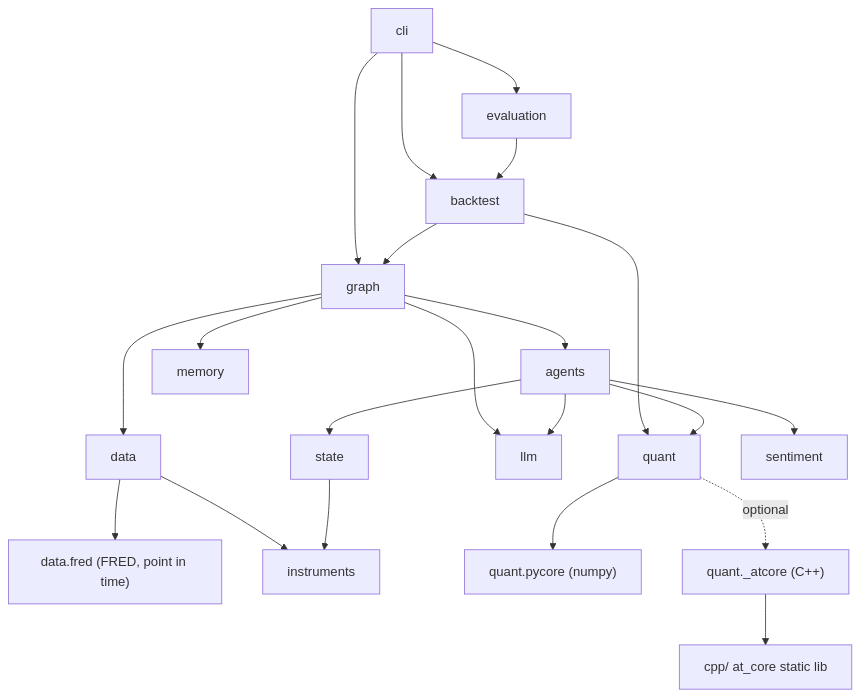
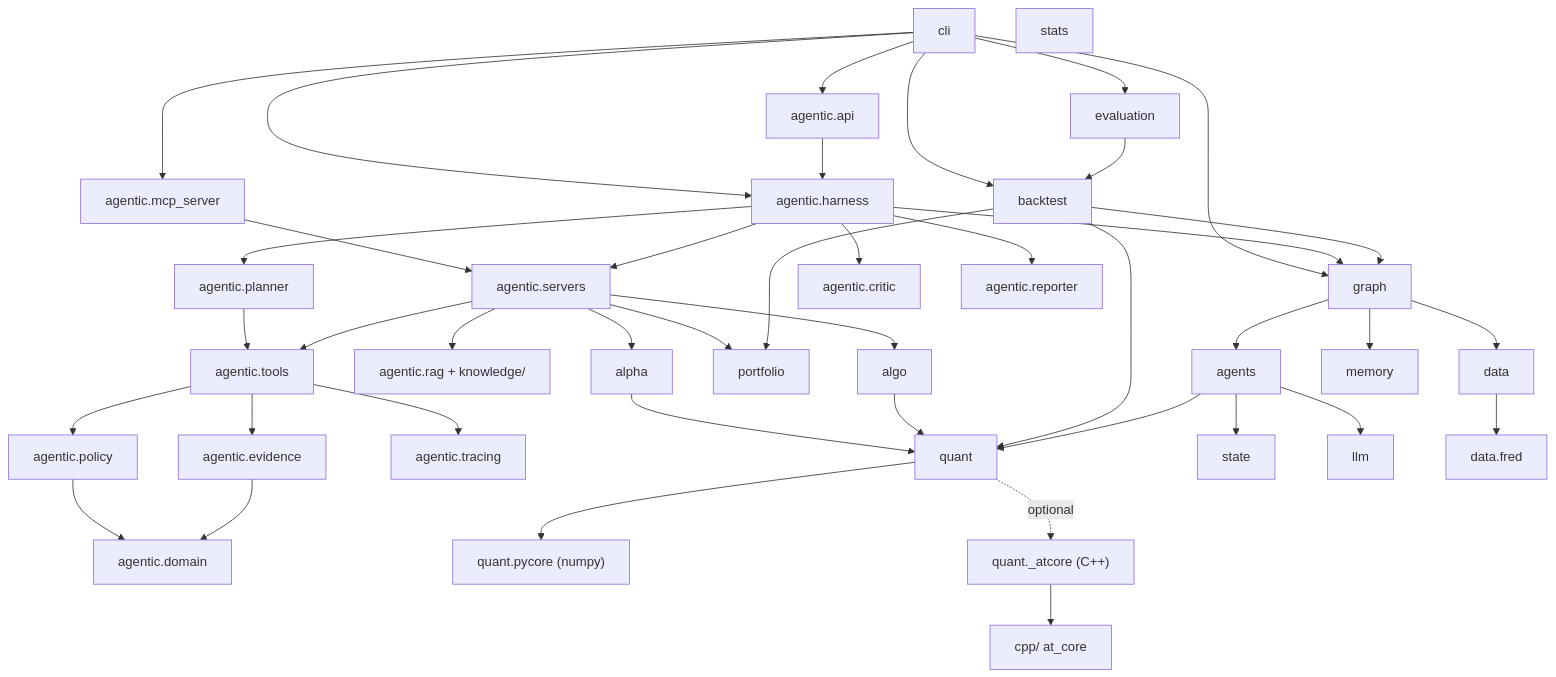
Diagram 24 of 24 in docs/DIAGRAMS.md (AshJha0/agentic-trader), drawn with Mermaid before and after one commit. The commit also changed other lines of this file and 70 other files, not shown here.

First line of the commit message:
v0.4.0: agentic layer, quant research layer, documentation rewrite (#3)

````diff
--- a/docs/DIAGRAMS.md
+++ b/docs/DIAGRAMS.md
@@ -355,23 +651,34 @@
 ```mermaid
 flowchart TD
     CLI[cli] --> GR[graph]
     CLI --> BT[backtest]
     CLI --> EV[evaluation]
-    EV --> BT
-    BT --> GR
-    BT --> Q[quant]
-    GR --> AG[agents]
-    GR --> DA[data]
+    CLI --> AGH["agentic.harness"]
+    CLI --> API["agentic.api"]
+    CLI --> MCPS["agentic.mcp_server"]
+    API --> AGH
+    MCPS --> SRV["agentic.servers"]
+    AGH --> PLN["agentic.planner"] --> TLS["agentic.tools"]
+    AGH --> SRV --> TLS
+    AGH --> CRT["agentic.critic"]
+    AGH --> RPT["agentic.reporter"]
+    TLS --> POL["agentic.policy"] --> DOM["agentic.domain"]
+    TLS --> EVS["agentic.evidence"] --> DOM
+    TLS --> TRC["agentic.tracing"]
+    SRV --> RAG["agentic.rag + knowledge/"]
+    SRV --> ALPHA[alpha] --> Q[quant]
+    SRV --> PORT[portfolio]
+    SRV --> ALGO[algo] --> Q
+    AGH --> GR
+    EV --> BT --> GR
+    BT --> PORT
+    BT --> Q
+    GR --> AG[agents] --> Q
+    AG --> ST[state]
+    AG --> LL[llm]
+    GR --> DA[data] --> FR["data.fred"]
     GR --> ME[memory]
-    GR --> LL[llm]
-    AG --> Q
-    AG --> ST[state]
-    AG --> SE[sentiment]
-    AG --> LL
-    DA --> FR["data.fred (FRED, point in time)"]
-    DA --> IN[instruments]
-    ST --> IN
+    STATS[stats]
     Q --> PYC["quant.pycore (numpy)"]
-    Q -. optional .-> ATC["quant._atcore (C++)"]
-    ATC --> CORE["cpp/ at_core static lib"]
+    Q -. optional .-> ATC["quant._atcore (C++)"] --> CORE["cpp/ at_core"]
 ```
````
